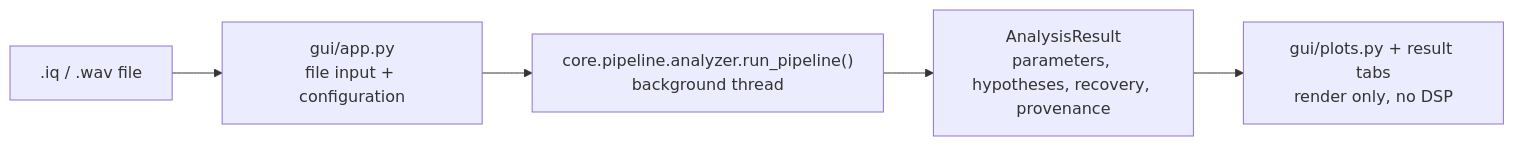
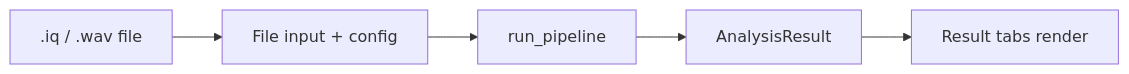
Before and after one commit to Akhil-0911/SigIQ: the first of 3 diagrams in README.md, drawn with Mermaid. The commit also changed other lines of this file, not shown here.

First line of the commit message:
Make README flowcharts compact (left-to-right, short labels)

````diff
--- a/README.md
+++ b/README.md
@@ -77,7 +77,7 @@
 ```mermaid
 flowchart LR
-    A[".iq / .wav file"] --> B["gui/app.py<br/>file input + configuration"]
-    B --> C["core.pipeline.analyzer.run_pipeline()<br/>background thread"]
-    C --> D["AnalysisResult<br/>parameters, hypotheses, recovery, provenance"]
-    D --> E["gui/plots.py + result tabs<br/>render only, no DSP"]
+    A[".iq / .wav file"] --> B[File input + config]
+    B --> C[run_pipeline]
+    C --> D[AnalysisResult]
+    D --> E[Result tabs render]
 ```
````
